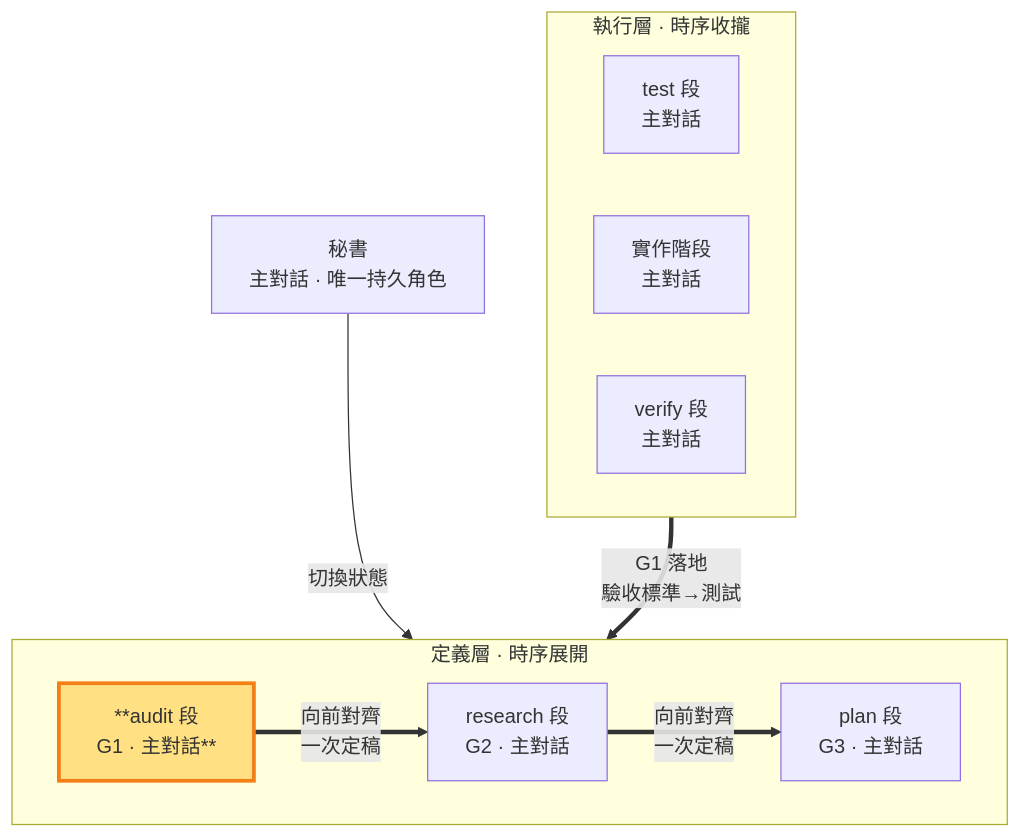
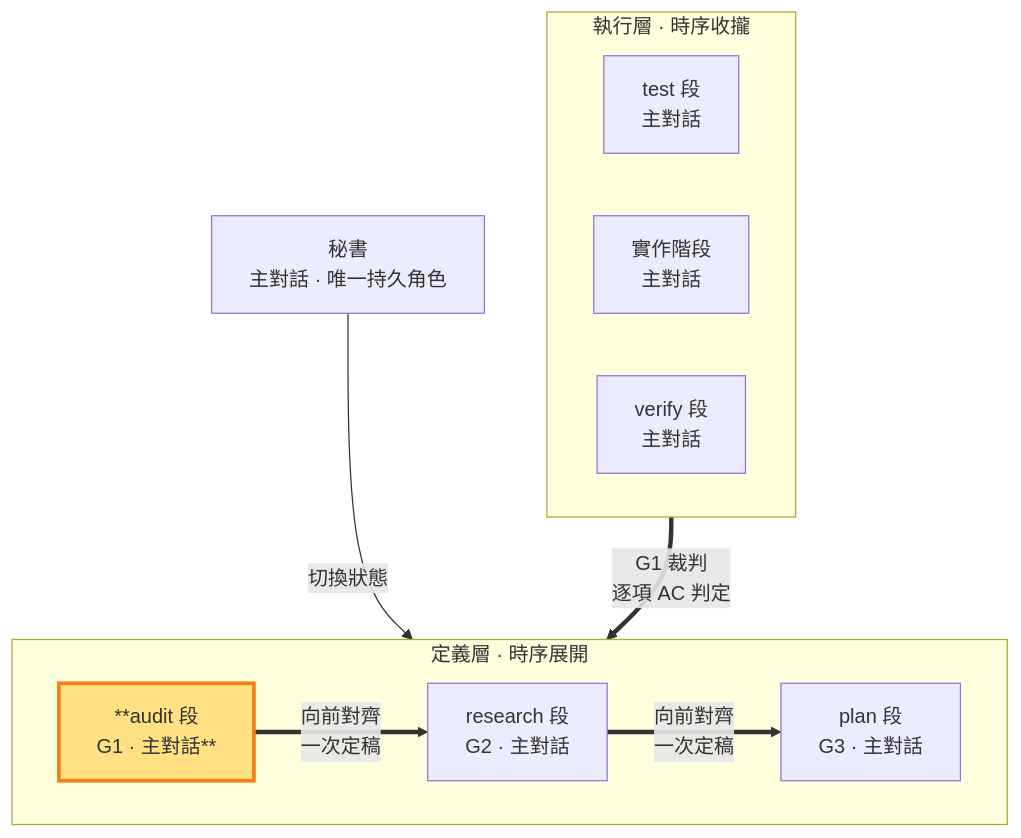
The diagram in skills/shiftblame/references/AUDIT.md (teps3105/shiftblame), drawn with Mermaid before and after one commit. The commit also changed other lines of this file and 21 other files, not shown here.

````diff
--- a/skills/shiftblame/references/AUDIT.md
+++ b/skills/shiftblame/references/AUDIT.md
@@ -15,21 +15,21 @@
 ```mermaid
 flowchart TB
     SEC[秘書<br/>主對話 · 唯一持久角色]
     subgraph Consult["定義層 · 時序展開"]
         direction LR
         AUD["**audit 段<br/>G1 · 主對話**"]:::thisrole
         RES["research 段<br/>G2 · 主對話"]
         PLA["plan 段<br/>G3 · 主對話"]
     end
     subgraph Build["執行層 · 時序收攏"]
         direction LR
         TST["test 段<br/>主對話"]
         DEV["實作階段<br/>主對話"]
         ACC["verify 段<br/>主對話"]
     end
     SEC -- 切換狀態 --> AUD
-    TST == "G1 落地<br/>驗收標準→測試" ==> AUD
+    ACC == "G1 裁判<br/>逐項 AC 判定" ==> AUD
     AUD == "向前對齊<br/>一次定稿" ==> RES
     RES == "向前對齊<br/>一次定稿" ==> PLA
     classDef thisrole fill:#ffe082,stroke:#f57f17,stroke-width:3px;
 ```
````
